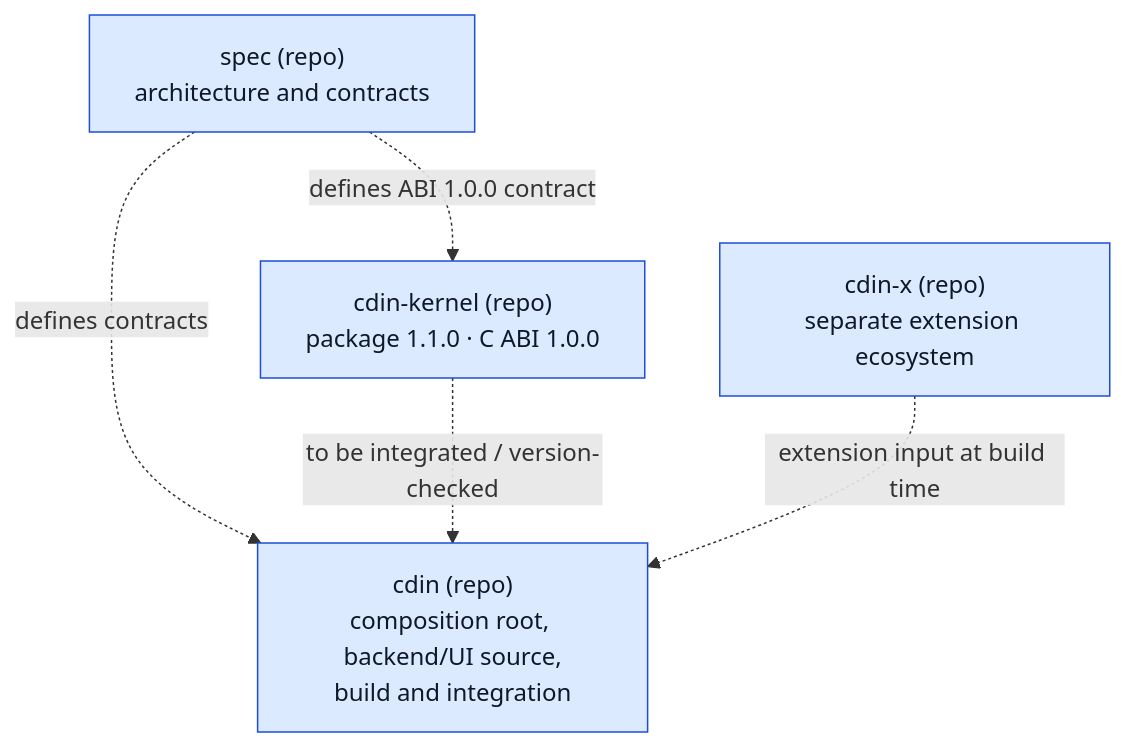
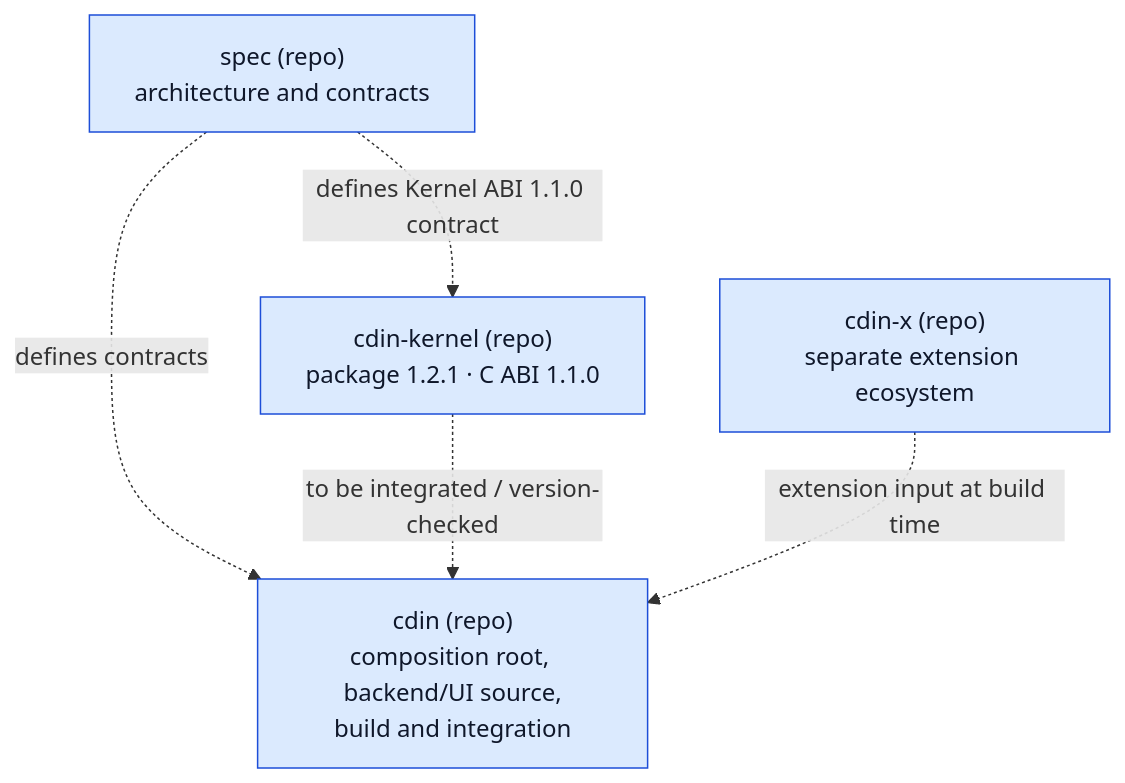
The first of 2 diagrams in docs/architecture/repositories.md (cdin-editor/spec), drawn with Mermaid before and after one commit. The commit also changed other lines of this file and 16 other files, not shown here.

````diff
--- a/docs/architecture/repositories.md
+++ b/docs/architecture/repositories.md
@@ -9,13 +9,13 @@
 ```mermaid
 flowchart TB
     cdinrepo["cdin (repo)<br/>composition root, backend/UI source,<br/>build and integration"]
-    kernelrepo["cdin-kernel (repo)<br/>package 1.1.0 · C ABI 1.0.0"]
+    kernelrepo["cdin-kernel (repo)<br/>package 1.2.1 · C ABI 1.1.0"]
     xnow["cdin-x (repo)<br/>separate extension ecosystem"]
     specnow["spec (repo)<br/>architecture and contracts"]
     specnow -. "defines contracts" .-> cdinrepo
-    specnow -. "defines ABI 1.0.0 contract" .-> kernelrepo
+    specnow -. "defines Kernel ABI 1.1.0 contract" .-> kernelrepo
     kernelrepo -. "to be integrated / version-checked" .-> cdinrepo
     xnow -. "extension input at build time" .-> cdinrepo
     classDef comp fill:#dbeafe,stroke:#1d4ed8,color:#0f172a
     class cdinrepo,kernelrepo,specnow,xnow comp
 ```
````
